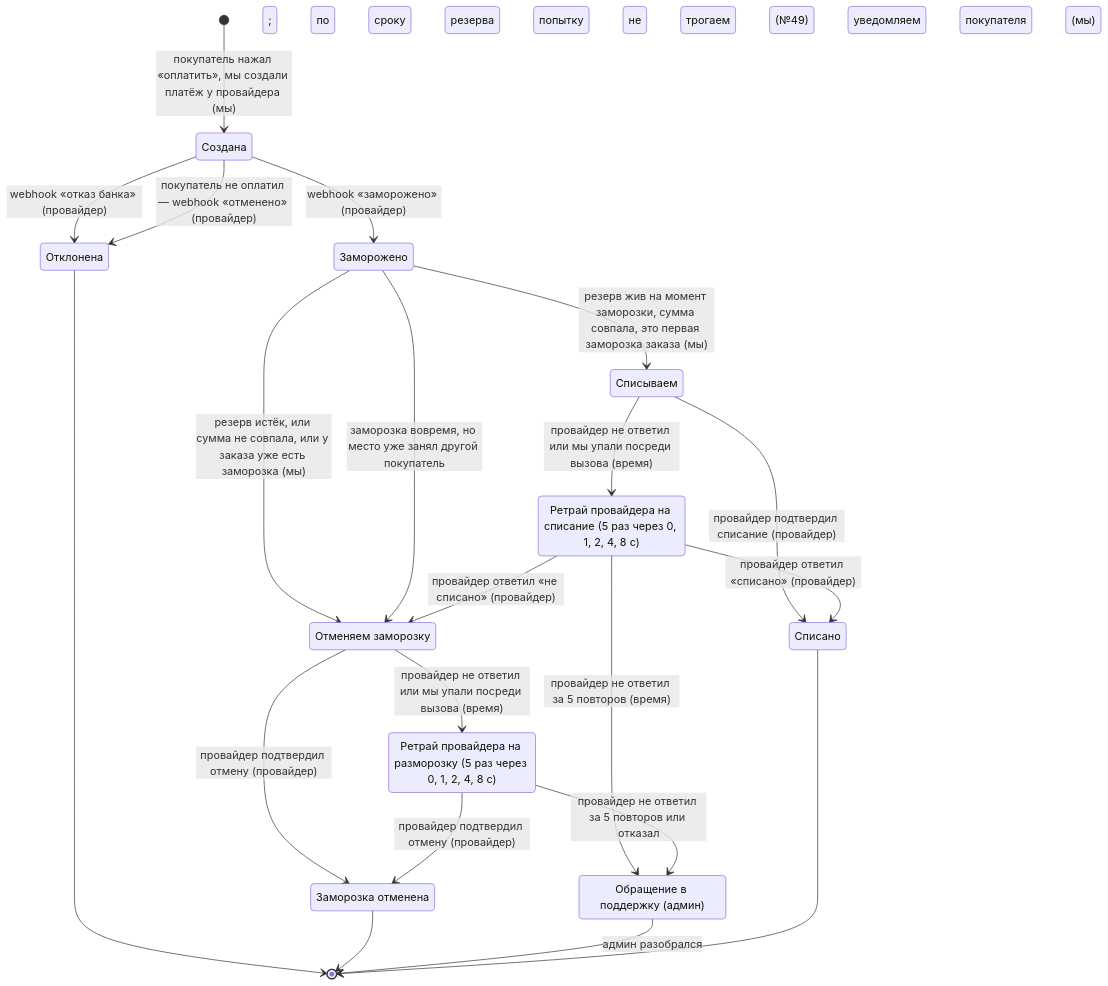
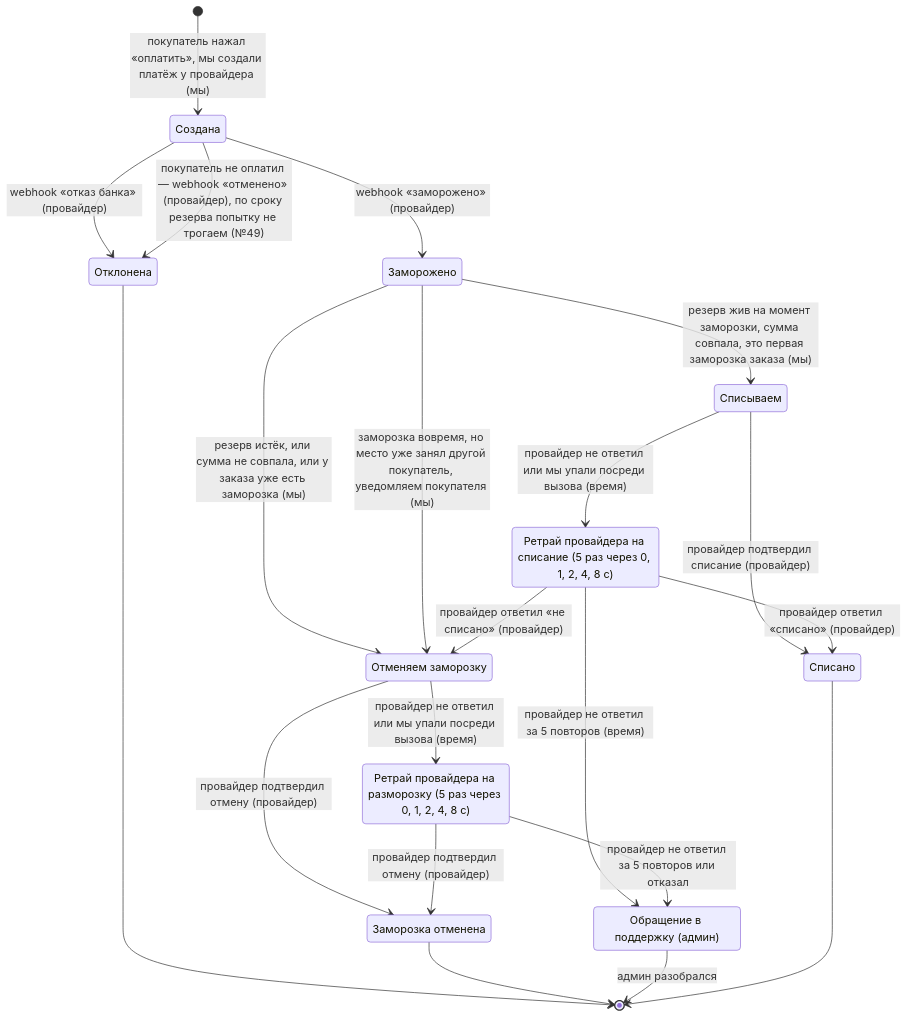
One commit to Drusiand/ticket-service changed the diagram in docs/states/payment.md. Above: the diagram before and after it, drawn with Mermaid. The commit also changed 1 other file, not shown here.

Commit message:
Fix mermaid labels broken by semicolons
A semicolon ends a statement in mermaid, so labels containing one were
cut off. Restore the ticket check-in arrow with a comma instead.

````diff
--- a/docs/states/payment.md
+++ b/docs/states/payment.md
@@ -5,38 +5,38 @@
 ```mermaid
 stateDiagram-v2
     state "Создана" as Created
     state "Заморожено" as Frozen
     state "Отклонена" as Declined
     state "Списываем" as Capturing
     state "Ретрай провайдера на списание (5 раз через 0, 1, 2, 4, 8 с)" as CaptureRetry
     state "Списано" as Captured
     state "Отменяем заморозку" as Cancelling
     state "Ретрай провайдера на разморозку (5 раз через 0, 1, 2, 4, 8 с)" as CancelRetry
     state "Заморозка отменена" as Cancelled
     state "Обращение в поддержку (админ)" as Support
 
     [*] --> Created: покупатель нажал «оплатить», мы создали платёж у провайдера (мы)
     Created --> Frozen: webhook «заморожено» (провайдер)
     Created --> Declined: webhook «отказ банка» (провайдер)
-    Created --> Declined: покупатель не оплатил — webhook «отменено» (провайдер); по сроку резерва попытку не трогаем (№49)
+    Created --> Declined: покупатель не оплатил — webhook «отменено» (провайдер), по сроку резерва попытку не трогаем (№49)
     Declined --> [*]
 
     Frozen --> Capturing: резерв жив на момент заморозки, сумма совпала, это первая заморозка заказа (мы)
     Frozen --> Cancelling: резерв истёк, или сумма не совпала, или у заказа уже есть заморозка (мы)
-    Frozen --> Cancelling: заморозка вовремя, но место уже занял другой покупатель; уведомляем покупателя (мы)
+    Frozen --> Cancelling: заморозка вовремя, но место уже занял другой покупатель, уведомляем покупателя (мы)
 
     Capturing --> Captured: провайдер подтвердил списание (провайдер)
     Capturing --> CaptureRetry: провайдер не ответил или мы упали посреди вызова (время)
     CaptureRetry --> Captured: провайдер ответил «списано» (провайдер)
     CaptureRetry --> Cancelling: провайдер ответил «не списано» (провайдер)
     CaptureRetry --> Support: провайдер не ответил за 5 повторов (время)
 
     Cancelling --> Cancelled: провайдер подтвердил отмену (провайдер)
     Cancelling --> CancelRetry: провайдер не ответил или мы упали посреди вызова (время)
     CancelRetry --> Cancelled: провайдер подтвердил отмену (провайдер)
     CancelRetry --> Support: провайдер не ответил за 5 повторов или отказал
     Cancelled --> [*]
 
     Support --> [*]: админ разобрался
     Captured --> [*]
 ```
````
